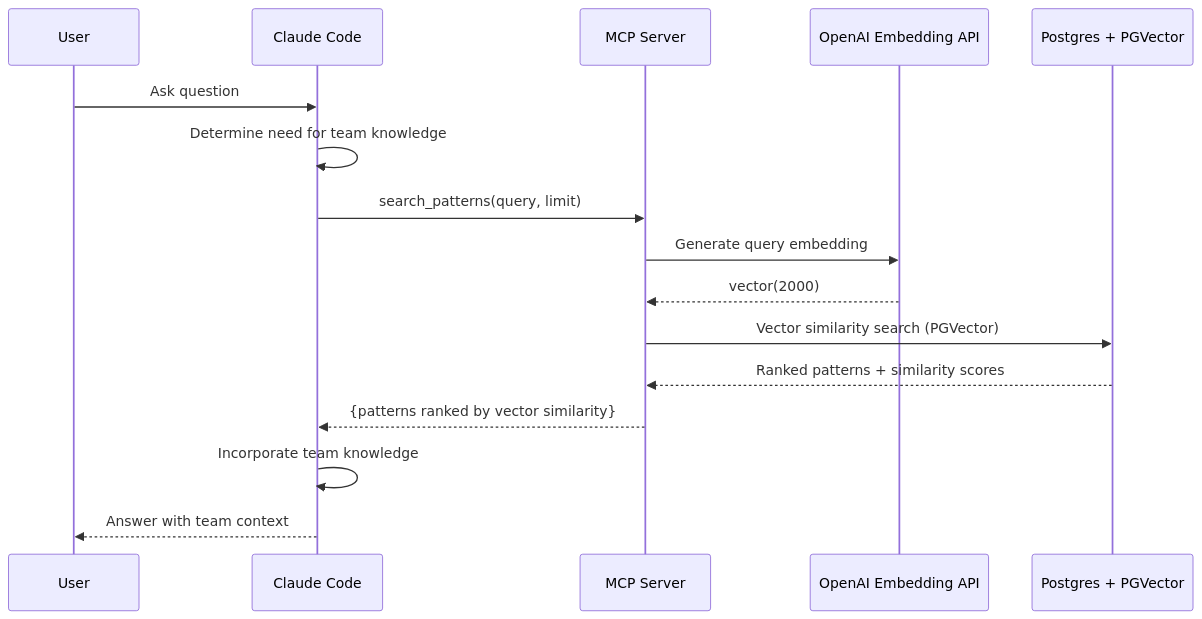
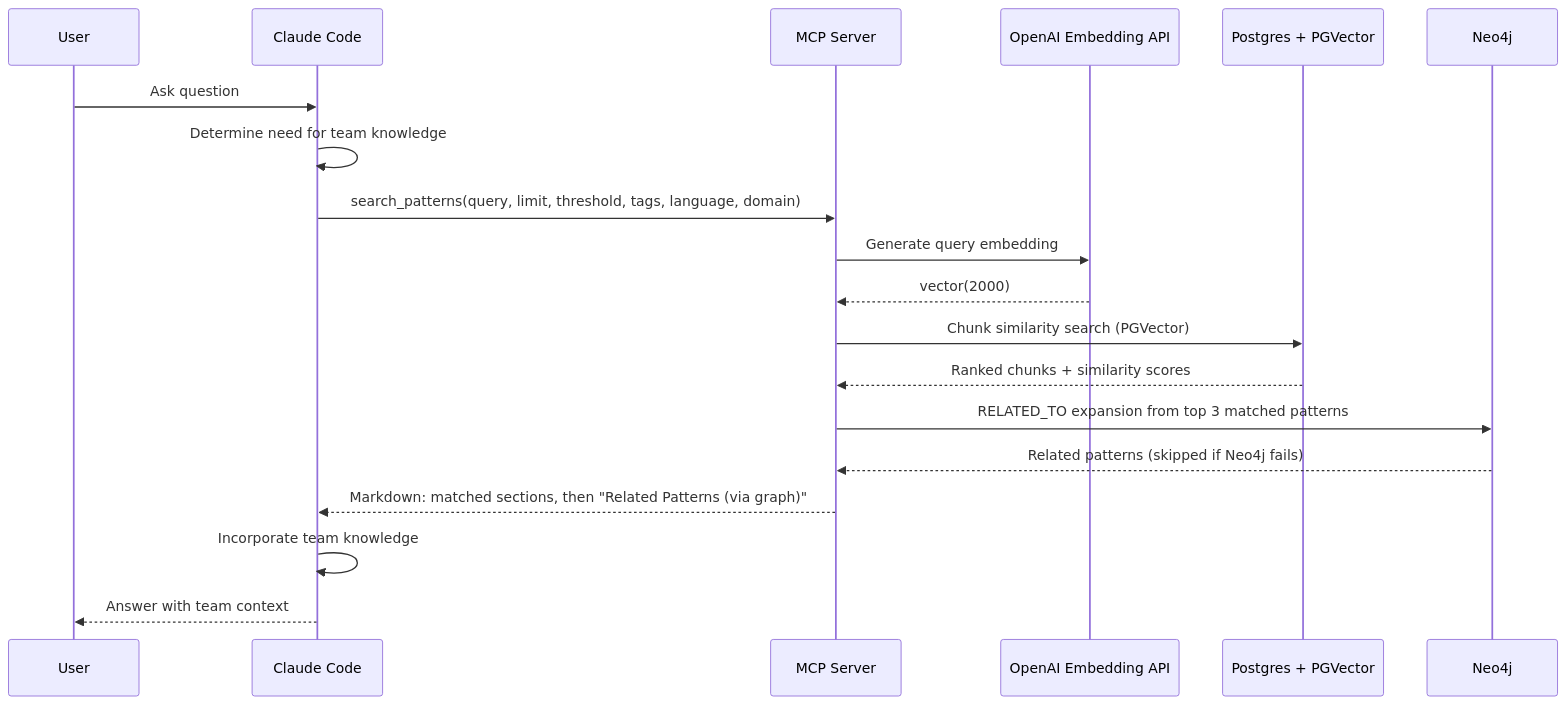
One commit to twistingmercury/mnemonic-docs changed the second of 4 diagrams in docs/architecture/system/02-system-architecture.md. Above: the diagram before and after it, drawn with Mermaid. The commit also changed other lines of this file and 41 other files, not shown here.

````diff
--- a/docs/architecture/system/02-system-architecture.md
+++ b/docs/architecture/system/02-system-architecture.md
@@ -142,23 +152,26 @@
 ```mermaid
 sequenceDiagram
     participant User
     participant CC as Claude Code
     participant MCP as MCP Server
     participant OPENAI as OpenAI Embedding API
     participant PG as Postgres + PGVector
+    participant NEO as Neo4j
 
     User->>CC: Ask question
     CC->>CC: Determine need for team knowledge
 
-    CC->>MCP: search_patterns(query, limit)
+    CC->>MCP: search_patterns(query, limit, threshold, tags, language, domain)
 
     MCP->>OPENAI: Generate query embedding
     OPENAI-->>MCP: vector(2000)
-    MCP->>PG: Vector similarity search (PGVector)
-    PG-->>MCP: Ranked patterns + similarity scores
+    MCP->>PG: Chunk similarity search (PGVector)
+    PG-->>MCP: Ranked chunks + similarity scores
+    MCP->>NEO: RELATED_TO expansion from top 3 matched patterns
+    NEO-->>MCP: Related patterns (skipped if Neo4j fails)
 
-    MCP-->>CC: {patterns ranked by vector similarity}
+    MCP-->>CC: Markdown: matched sections, then "Related Patterns (via graph)"
 
     CC->>CC: Incorporate team knowledge
     CC-->>User: Answer with team context
 ```
````
